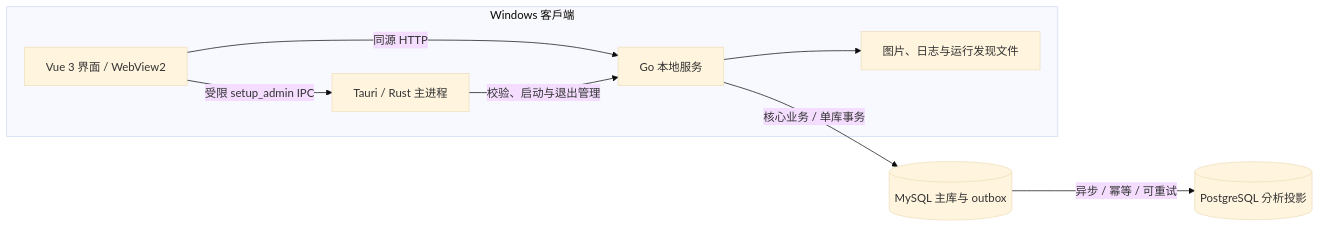
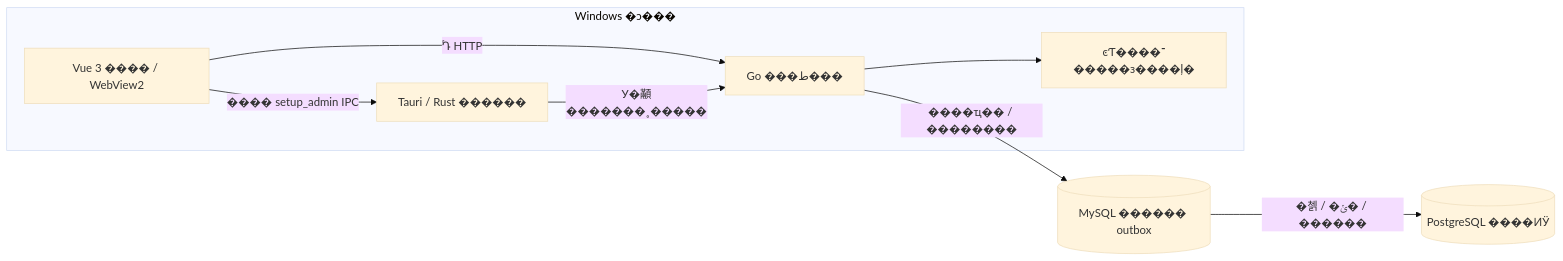
The diagram in architecture.md (WatchTestCs/smart-elderly-watch-management), drawn with Mermaid (base theme) before and after one commit. The commit also changed other lines of this file, not shown here.

Commit message:
docs(architecture): clarify root architecture overview

````diff
--- a/architecture.md
+++ b/architecture.md
@@ -15,15 +17,15 @@
 ```mermaid
 flowchart LR
-  subgraph Windows["Windows 客户端"]
-    UI["Vue 3 界面 / WebView2"]
-    R["Tauri / Rust 主进程"]
-    G["Go 本地服务"]
-    F["图片、日志与运行发现文件"]
-    UI -->|"同源 HTTP"| G
-    UI -->|"受限 setup_admin IPC"| R
-    R -->|"校验、启动与退出管理"| G
+  subgraph Windows["Windows �ͻ���"]
+    UI["Vue 3 ���� / WebView2"]
+    R["Tauri / Rust ������"]
+    G["Go ���ط���"]
+    F["ͼƬ����־�����з����ļ�"]
+    UI -->|"ͬԴ HTTP"| G
+    UI -->|"���� setup_admin IPC"| R
+    R -->|"У�顢�������˳�����"| G
     G --> F
   end
-  G -->|"核心业务 / 单库事务"| M[("MySQL 主库与 outbox")]
-  M -->|"异步 / 幂等 / 可重试"| P[("PostgreSQL 分析投影")]
+  G -->|"����ҵ�� / ��������"| M[("MySQL ������ outbox")]
+  M -->|"�첽 / �ݵ� / ������"| P[("PostgreSQL ����ͶӰ")]
 ```
````
